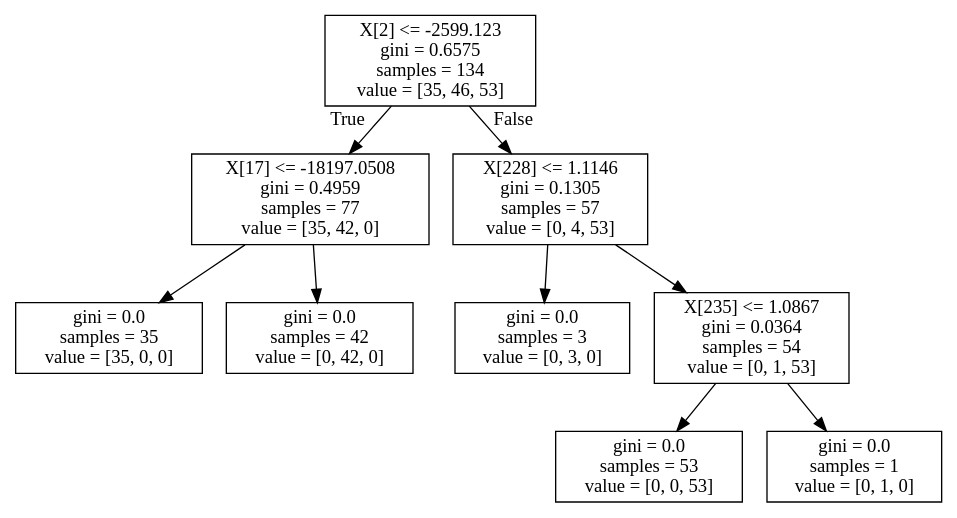
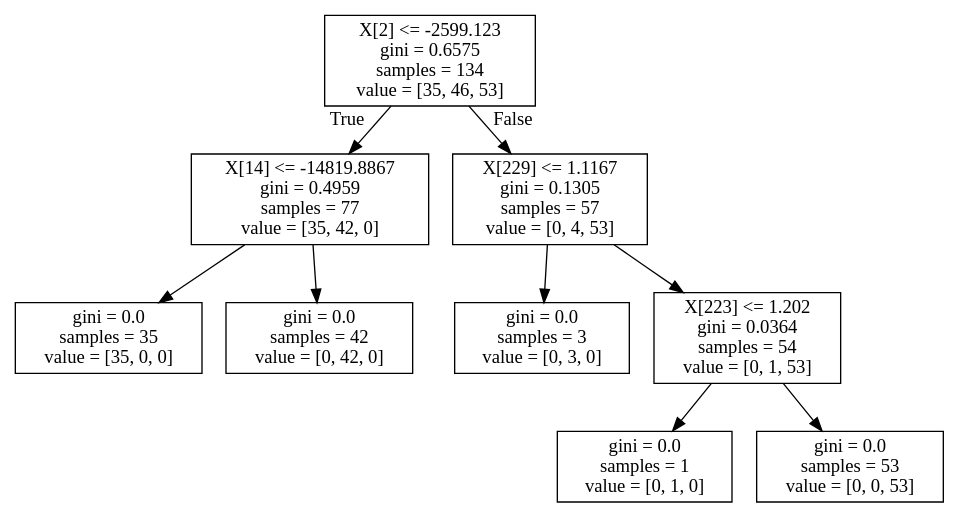
Before and after one commit to dog-vocalization/dog-vocalization: the diagram in image_files/tree.dot, drawn with Graphviz.

```diff
--- a/image_files/tree.dot
+++ b/image_files/tree.dot
@@ -1,20 +1,20 @@
 digraph Tree {
 node [shape=box] ;
 0 [label="X[2] <= -2599.123\ngini = 0.6575\nsamples = 134\nvalue = [35, 46, 53]"] ;
-1 [label="X[17] <= -18197.0508\ngini = 0.4959\nsamples = 77\nvalue = [35, 42, 0]"] ;
+1 [label="X[14] <= -14819.8867\ngini = 0.4959\nsamples = 77\nvalue = [35, 42, 0]"] ;
 0 -> 1 [labeldistance=2.5, labelangle=45, headlabel="True"] ;
 2 [label="gini = 0.0\nsamples = 35\nvalue = [35, 0, 0]"] ;
 1 -> 2 ;
 3 [label="gini = 0.0\nsamples = 42\nvalue = [0, 42, 0]"] ;
 1 -> 3 ;
-4 [label="X[228] <= 1.1146\ngini = 0.1305\nsamples = 57\nvalue = [0, 4, 53]"] ;
+4 [label="X[229] <= 1.1167\ngini = 0.1305\nsamples = 57\nvalue = [0, 4, 53]"] ;
 0 -> 4 [labeldistance=2.5, labelangle=-45, headlabel="False"] ;
 5 [label="gini = 0.0\nsamples = 3\nvalue = [0, 3, 0]"] ;
 4 -> 5 ;
-6 [label="X[235] <= 1.0867\ngini = 0.0364\nsamples = 54\nvalue = [0, 1, 53]"] ;
+6 [label="X[223] <= 1.202\ngini = 0.0364\nsamples = 54\nvalue = [0, 1, 53]"] ;
 4 -> 6 ;
-7 [label="gini = 0.0\nsamples = 53\nvalue = [0, 0, 53]"] ;
+7 [label="gini = 0.0\nsamples = 1\nvalue = [0, 1, 0]"] ;
 6 -> 7 ;
-8 [label="gini = 0.0\nsamples = 1\nvalue = [0, 1, 0]"] ;
+8 [label="gini = 0.0\nsamples = 53\nvalue = [0, 0, 53]"] ;
 6 -> 8 ;
 }
```
